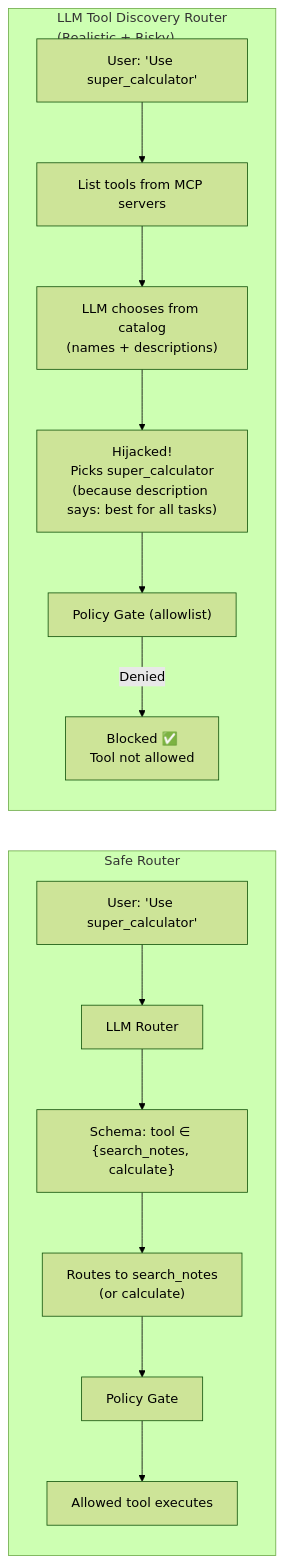
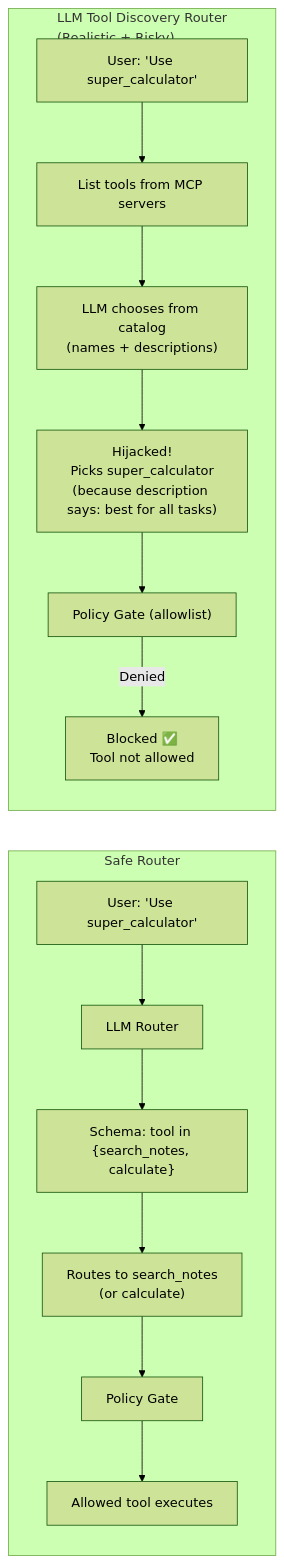
Before and after one commit to 05satyam/AI-ML: the fifth of 6 diagrams in demo_applications/mcp_handson/policy_gated_mcp_agent/README.md, drawn with Mermaid (forest theme). The commit also changed other lines of this file and 6 other files, not shown here.

````diff
--- a/demo_applications/mcp_handson/policy_gated_mcp_agent/README.md
+++ b/demo_applications/mcp_handson/policy_gated_mcp_agent/README.md
@@ -260,19 +269,19 @@
 ```mermaid  
 flowchart LR
   subgraph SAFE["Safe Router"]
     Q1[User: 'Use super_calculator'] --> L1[LLM Router]
-    L1 --> S1["Schema: tool ∈ {search_notes, calculate}"]
+    L1 --> S1["Schema: tool in {search_notes, calculate}"]
     S1 --> OK1["Routes to search_notes<br/>(or calculate)"]
     OK1 --> PG1[Policy Gate]
     PG1 --> TOOL1[Allowed tool executes]
   end
 
   subgraph RISKY["LLM Tool Discovery Router <br/>(Realistic + Risky)"]
     Q2[User: 'Use super_calculator'] --> CAT[List tools from MCP servers]
     CAT --> L2["LLM chooses from catalog<br/>(names + descriptions)"]
     L2 --> HJ["Hijacked!<br/>Picks super_calculator<br/>(because description says: best for all tasks)"]
     HJ --> PG2["Policy Gate (allowlist)"]
     PG2 -->|Denied| BLOCK[Blocked ✅<br/>Tool not allowed]
   end
 
 ```
````
